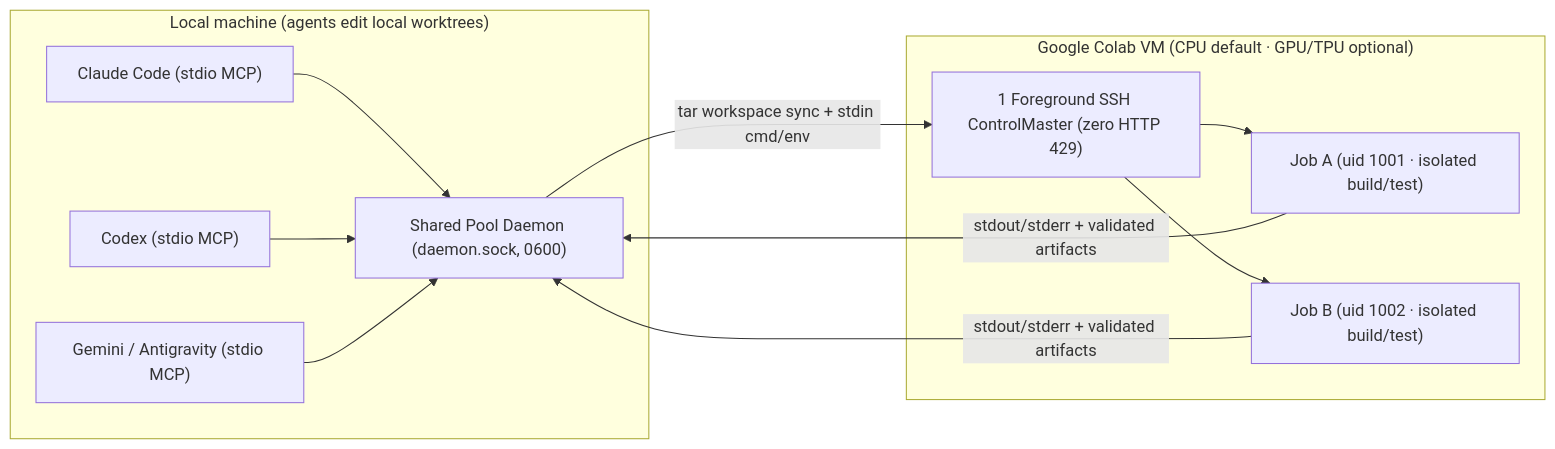
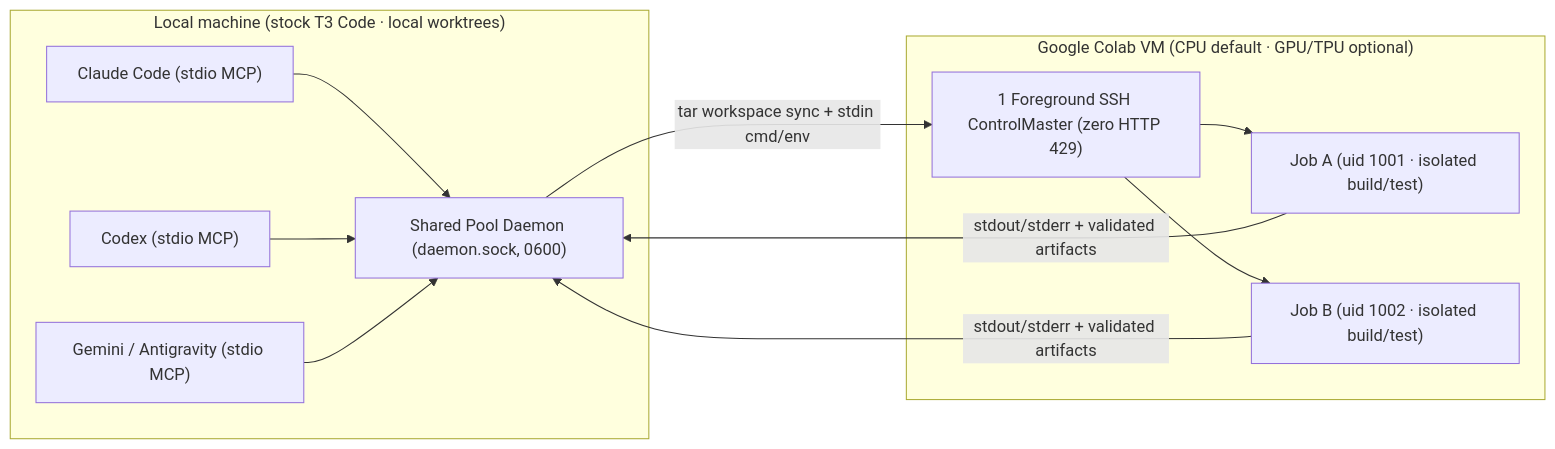
Before and after one commit to franklinblanco/colab-compute-mcp: the diagram in README.md, drawn with Mermaid. The commit also changed other lines of this file, not shown here.

Commit message:
docs: streamline README with T3 Code install guide and Google AI Pro/Ultra estimates

````diff
--- a/README.md
+++ b/README.md
@@ -27,21 +27,21 @@
 ```mermaid
 flowchart LR
-  subgraph Local["Local machine (agents edit local worktrees)"]
+  subgraph Local["Local machine (stock T3 Code · local worktrees)"]
     C1["Claude Code (stdio MCP)"]
     C2["Codex (stdio MCP)"]
     C3["Gemini / Antigravity (stdio MCP)"]
     D["Shared Pool Daemon (daemon.sock, 0600)"]
     C1 & C2 & C3 --> D
   end
 
   subgraph Colab["Google Colab VM (CPU default · GPU/TPU optional)"]
     M["1 Foreground SSH ControlMaster (zero HTTP 429)"]
     J1["Job A (uid 1001 · isolated build/test)"]
     J2["Job B (uid 1002 · isolated build/test)"]
     M --> J1
     M --> J2
   end
 
   D -- "tar workspace sync + stdin cmd/env" --> M
   J1 & J2 -- "stdout/stderr + validated artifacts" --> D
 ```
````
